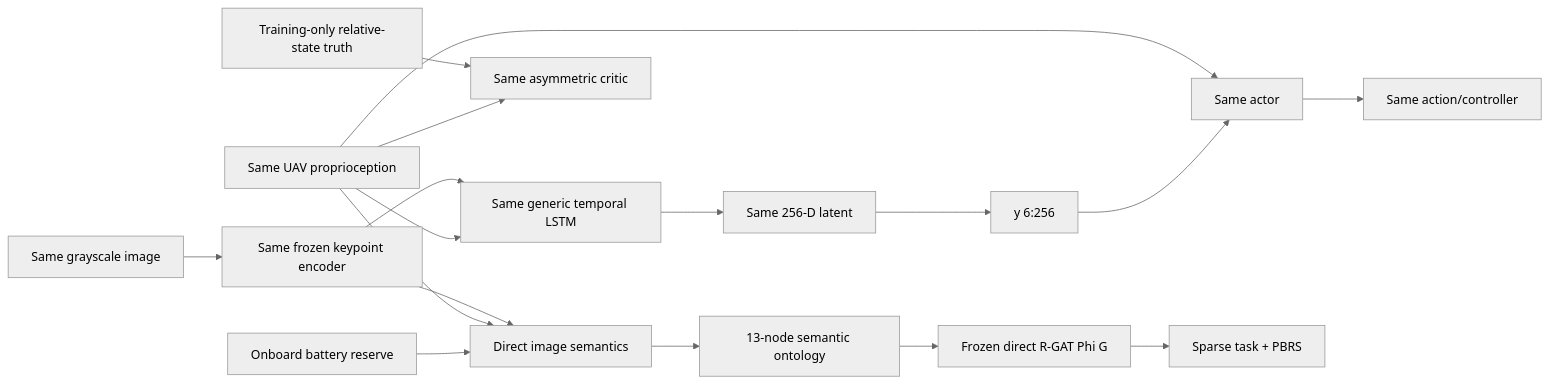
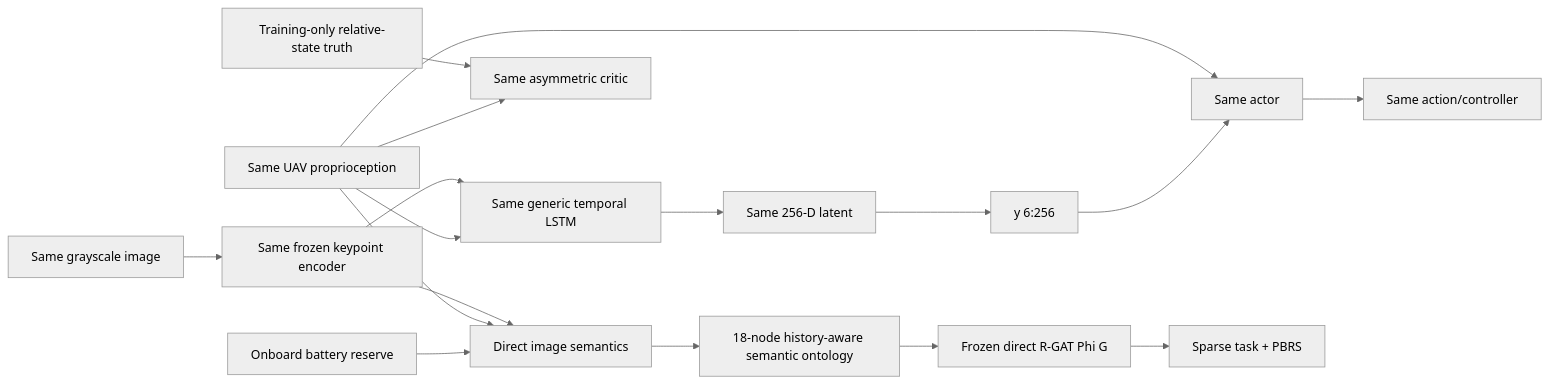
The third of 3 diagrams in Ontology_RGAT_UAV_RL_ISAAC_PX4/docs/THREE_PIPELINE_COMPARISON.md (junsuk123/OntoReward-RL), drawn with Mermaid (neutral theme) before and after one commit. The commit also changed other lines of this file and 28 other files, not shown here.

````diff
--- a/Ontology_RGAT_UAV_RL_ISAAC_PX4/docs/THREE_PIPELINE_COMPARISON.md
+++ b/Ontology_RGAT_UAV_RL_ISAAC_PX4/docs/THREE_PIPELINE_COMPARISON.md
@@ -68,19 +68,19 @@
 ```mermaid
 flowchart LR
   I[Same grayscale image] --> K[Same frozen keypoint encoder]
   K --> T[Same generic temporal LSTM]
   U[Same UAV proprioception] --> T
   T --> Y[Same 256-D latent]
   Y --> S[y 6:256]
   U --> A[Same actor]
   S --> A
   A --> C[Same action/controller]
   GT[Training-only relative-state truth] --> V[Same asymmetric critic]
   U --> V
   K --> O[Direct image semantics]
   U --> O
   B[Onboard battery reserve] --> O
-  O --> G[13-node semantic ontology]
+  O --> G[18-node history-aware semantic ontology]
   G --> P[Frozen direct R-GAT Phi G]
   P --> R[Sparse task + PBRS]
 ```
````
